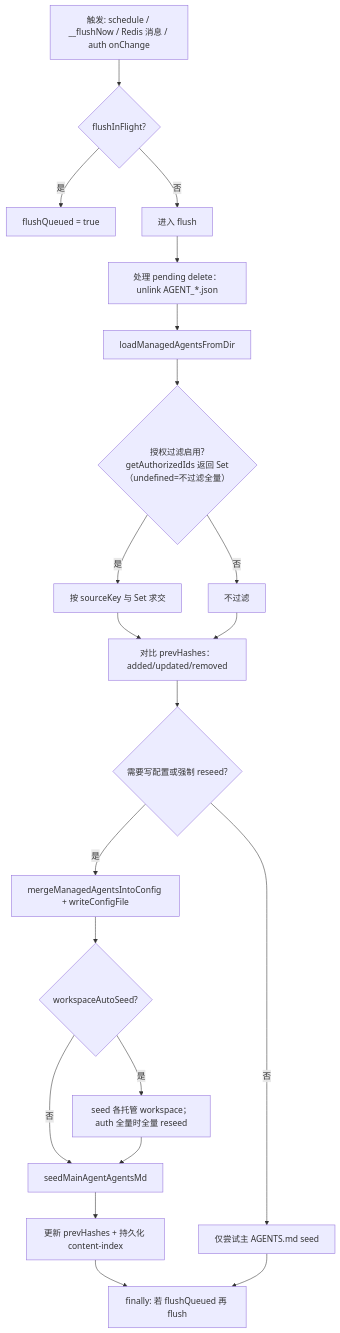
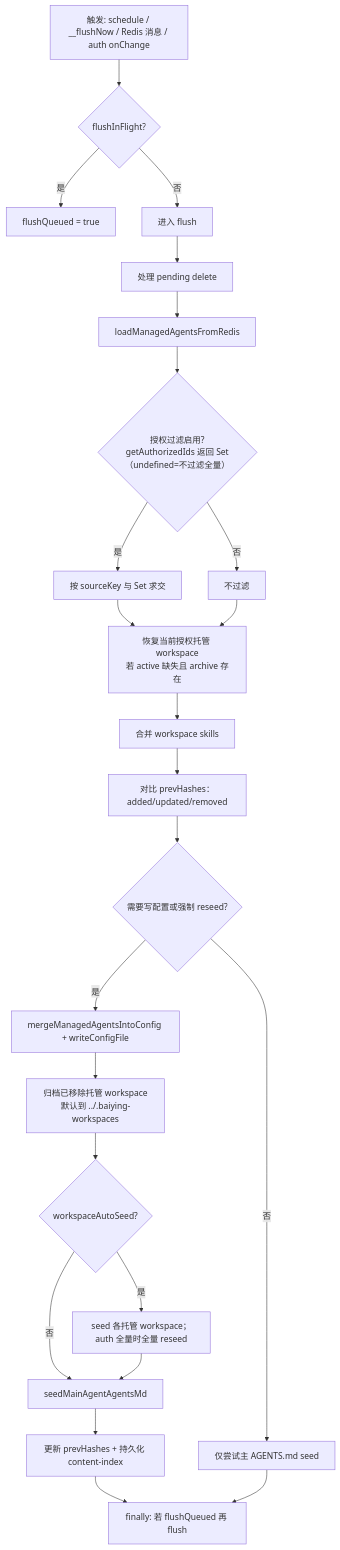
Before and after one commit to beyonai/ByClaw: the third of 5 diagrams in byclaw-exe/extensions/baiying-enhance/docs/PLUGIN_OVERVIEW.zh-CN.md, drawn with Mermaid. The commit also changed other lines of this file and 12 other files, not shown here.

First line of the commit message:
fix(baiying-enhance): detect workspace skills on FUSE mounts

````diff
--- a/byclaw-exe/extensions/baiying-enhance/docs/PLUGIN_OVERVIEW.zh-CN.md
+++ b/byclaw-exe/extensions/baiying-enhance/docs/PLUGIN_OVERVIEW.zh-CN.md
@@ -129,24 +130,27 @@
 ```mermaid
 flowchart TD
   T["触发: schedule / __flushNow / Redis 消息 / auth onChange"]
   T --> L{flushInFlight?}
   L -->|是| Q[flushQueued = true]
   L -->|否| F[进入 flush]
-  F --> D[处理 pending delete：unlink AGENT_*.json]
-  D --> R[loadManagedAgentsFromDir]
+  F --> D[处理 pending delete]
+  D --> R[loadManagedAgentsFromRedis]
   R --> A{授权过滤启用?\ngetAuthorizedIds 返回 Set\n（undefined=不过滤全量）}
   A -->|是| F2[按 sourceKey 与 Set 求交]
   A -->|否| F3[不过滤]
-  F2 --> DIFF[对比 prevHashes：added/updated/removed]
-  F3 --> DIFF
+  F2 --> RESTORE[恢复当前授权托管 workspace\n若 active 缺失且 archive 存在]
+  F3 --> RESTORE
+  RESTORE --> SKILL[合并 workspace skills]
+  SKILL --> DIFF[对比 prevHashes：added/updated/removed]
   DIFF --> C{需要写配置或强制 reseed?}
   C -->|否| M[仅尝试主 AGENTS.md seed]
   C -->|是| W[mergeManagedAgentsIntoConfig + writeConfigFile]
-  W --> S{workspaceAutoSeed?}
+  W --> AR[归档已移除托管 workspace\n默认到 ../.baiying-workspaces]
+  AR --> S{workspaceAutoSeed?}
   S -->|是| SEED[seed 各托管 workspace；auth 全量时全量 reseed]
   S -->|否| M2[seedMainAgentAgentsMd]
   SEED --> M2
   M2 --> H[更新 prevHashes + 持久化 content-index]
   H --> FIN[finally: 若 flushQueued 再 flush]
   M --> FIN
 ```
````
